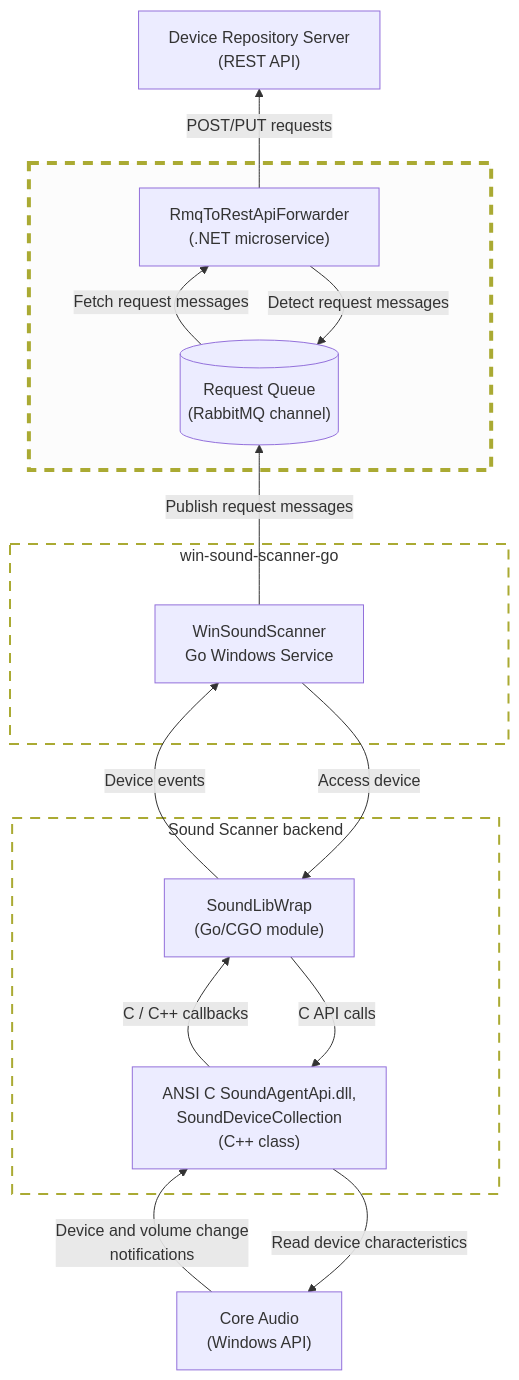
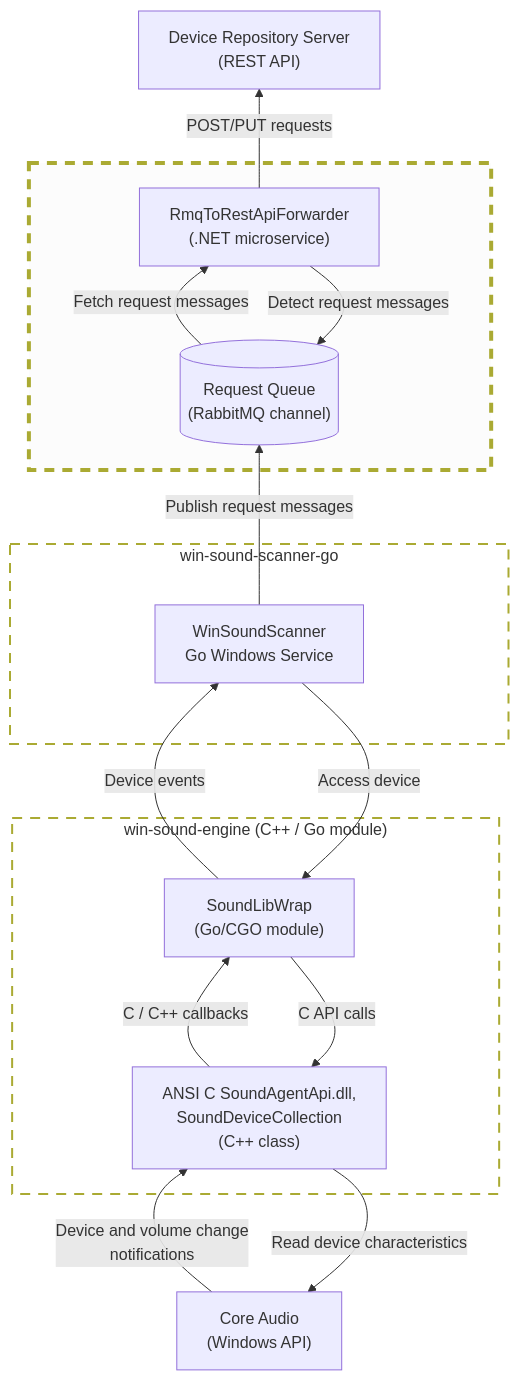
One commit to collect-sound-devices/rmq-to-rest-api-forwarder changed the first of 2 diagrams in README.md. Above: the diagram before and after it, drawn with Mermaid.

Commit message:
Rename scannerBackend to win-sound-engine

````diff
--- a/README.md
+++ b/README.md
@@ -13,51 +13,51 @@
 ```mermaid
 flowchart BT
 
 classDef dottedBox fill:transparent, fill-opacity:0.55, stroke-dasharray:10 8, stroke-width:2px;
 classDef stressedBox fill:#f0f0f0, fill-opacity:0.2, stroke-dasharray:10 8, stroke-width:4px;
 classDef invisibleNode fill:transparent, stroke:transparent;
 
 coreAudioApi["Core Audio<br>(Windows API)"]
 
-subgraph scannerBackend["Sound Scanner backend"]
+subgraph scannerBackend["win-sound-engine (C++ / Go module)"]
     invisible3["<br><br><br><br><br>"]
     class invisible3 invisibleNode
     goCgoWrapper["SoundLibWrap<br>(Go/CGO module)"]
     soundAgentApiDll["ANSI C SoundAgentApi.dll,<br>SoundDeviceCollection<br>(C++ class)"]
     invisible4["<br><br><br><br><br>"]
     class invisible4 invisibleNode
 end
 class scannerBackend dottedBox
 
 coreAudioApi -->|Device and volume change<br>notifications| soundAgentApiDll
 soundAgentApiDll --> |Read device characteristics| coreAudioApi
 
 subgraph scannerService["win-sound-scanner-go"]
     invisible1["<br><br><br><br><br>"]
     class invisible1 invisibleNode
     winSoundScannerService["WinSoundScanner<br>Go Windows Service"]
     invisible2["<br><br><br><br><br>"]
     class invisible2 invisibleNode
 end
 class scannerService dottedBox
 
 subgraph requestQueueMicroservice["<br>"]
     requestQueue[("Request Queue<br>(RabbitMQ channel)")]
     rabbitMqRestForwarder["RmqToRestApiForwarder<br>(.NET microservice)"]
 end
 class requestQueueMicroservice stressedBox
 
 deviceRepositoryApi["Device Repository Server<br>(REST API)"]
 
 winSoundScannerService --> |Access device| goCgoWrapper
 goCgoWrapper -->|Device events| winSoundScannerService
 
 goCgoWrapper --> |C API calls| soundAgentApiDll
 soundAgentApiDll -->|C / C++ callbacks| goCgoWrapper
 
 winSoundScannerService -->|Publish request messages| requestQueue
 
 requestQueue -->|Fetch request messages| rabbitMqRestForwarder
 rabbitMqRestForwarder --> |Detect request messages| requestQueue
 rabbitMqRestForwarder -->|POST/PUT requests| deviceRepositoryApi
 ```
````
